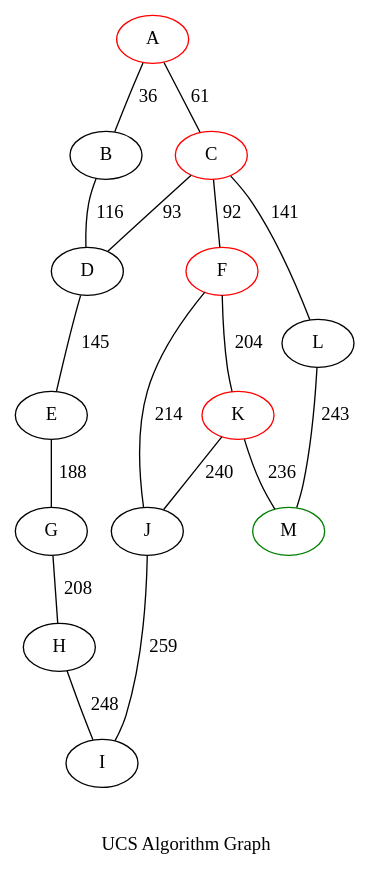
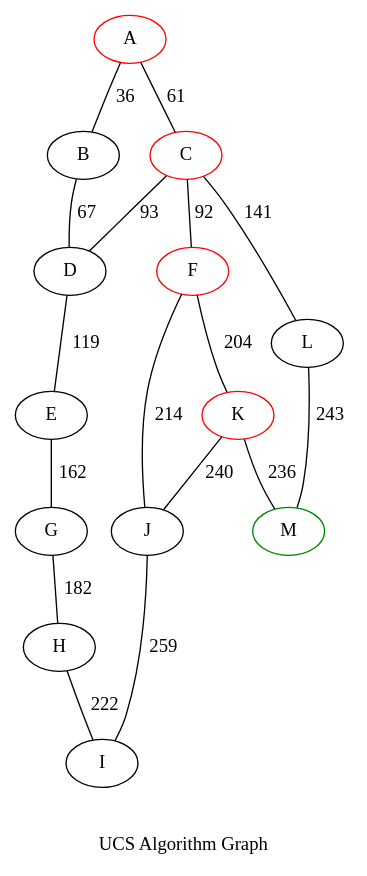
One commit to sevenwik/College changed the diagram in Soft_Computing/Uninformed_Search/output/UCS.gv. Above: the diagram before and after it, drawn with Graphviz. The commit also changed 5 other files, not shown here.

```diff
--- a/Soft_Computing/Uninformed_Search/output/UCS.gv
+++ b/Soft_Computing/Uninformed_Search/output/UCS.gv
@@ -1,26 +1,26 @@
 // UCS Algo
 graph {
 	A -- B [label=" 36" constraint=true]
 	A -- C [label=" 61" constraint=true]
-	B -- D [label=" 116" constraint=true]
+	B -- D [label=" 67" constraint=true]
 	C -- D [label=" 93" constraint=true]
 	C -- F [label=" 92" constraint=true]
 	C -- L [label=" 141" constraint=true]
+	D -- E [label=" 119" constraint=true]
 	F -- J [label=" 214" constraint=true]
 	F -- K [label=" 204" constraint=true]
-	D -- E [label=" 145" constraint=true]
+	E -- G [label=" 162" constraint=true]
 	L -- M [label=" 243" constraint=true]
-	E -- G [label=" 188" constraint=true]
-	G -- H [label=" 208" constraint=true]
+	G -- H [label=" 182" constraint=true]
+	H -- I [label=" 222" constraint=true]
 	K -- M [label=" 236" constraint=true]
 	K -- J [label=" 240" constraint=true]
-	H -- I [label=" 248" constraint=true]
 	J -- I [label=" 259" constraint=true]
 	A [color=red]
 	C [color=red]
 	F [color=red]
 	K [color=red]
 	M [color=red]
 	M [color=green]
 	label="\n\n UCS Algorithm Graph"
 }
```
